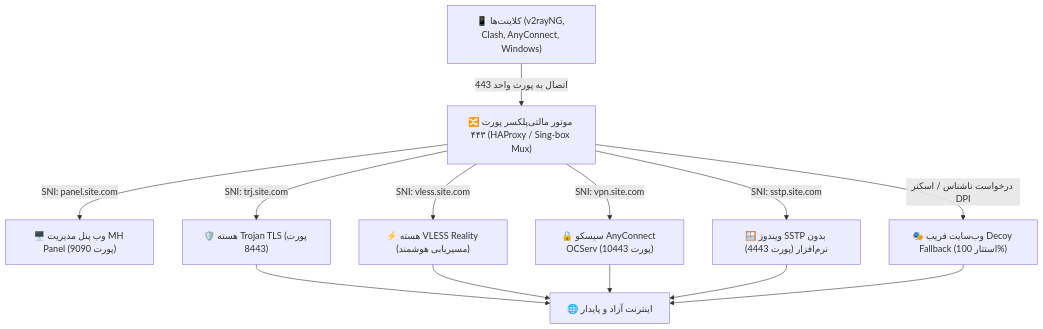
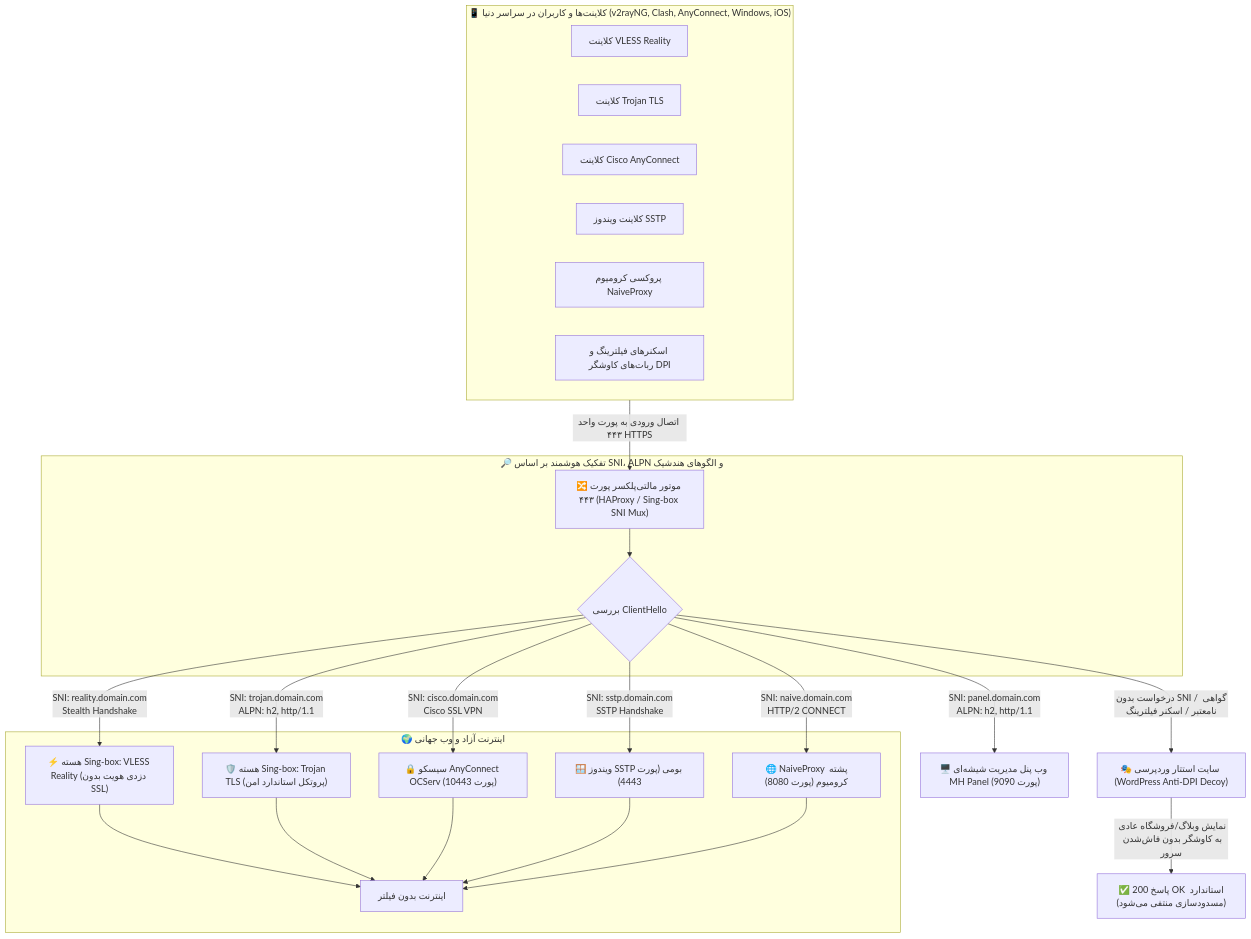
Before and after one commit to t-51/MHPanel: the first of 5 diagrams in README_FA.md, drawn with Mermaid. The commit also changed other lines of this file and 1 other file, not shown here.

Commit message:
docs: Comprehensive illustrated architecture documentation, visual flowcharts, protocol matrix, and v1.6.0 release notes

````diff
--- a/README_FA.md
+++ b/README_FA.md
@@ -111,17 +66,35 @@
 ```mermaid
 flowchart TD
-    Client["📱 کلاینت‌ها (v2rayNG, Clash, AnyConnect, Windows)"] -->|اتصال به پورت واحد 443| Mux["🔀 موتور مالتی‌پلکسر پورت ۴۴۳ (HAProxy / Sing-box Mux)"]
-    
-    Mux -->|SNI: panel.site.com| Panel["🖥️ وب پنل مدیریت MH Panel (پورت 9090)"]
-    Mux -->|SNI: trj.site.com| Trojan["🛡️ هسته Trojan TLS (پورت 8443)"]
-    Mux -->|SNI: vless.site.com| Reality["⚡ هسته VLESS Reality (مسیریابی هوشمند)"]
-    Mux -->|SNI: vpn.site.com| Cisco["🔒 سیسکو AnyConnect OCServ (پورت 10443)"]
-    Mux -->|SNI: sstp.site.com| SSTP["🪟 ویندوز SSTP بدون نرم‌افزار (پورت 4443)"]
-    Mux -->|درخواست ناشناس / اسکنر DPI| Decoy["🎭 وب‌سایت فریب Decoy Fallback (استتار 100%)"]
+    subgraph Clients ["📱 کلاینت‌ها و کاربران در سراسر دنیا (v2rayNG, Clash, AnyConnect, Windows, iOS)"]
+        C_Vless["کلاینت VLESS Reality"]
+        C_Trojan["کلاینت Trojan TLS"]
+        C_Cisco["کلاینت Cisco AnyConnect"]
+        C_Sstp["کلاینت ویندوز SSTP"]
+        C_Naive["پروکسی کرومیوم NaiveProxy"]
+        C_DPI["اسکنرهای فیلترینگ و ربات‌های کاوشگر DPI"]
+    end
 
-    Trojan --> Internet["🌐 اینترنت آزاد و پایدار"]
-    Reality --> Internet
-    Cisco --> Internet
-    SSTP --> Internet
-    Decoy --> Internet
+    Clients -->|اتصال ورودی به پورت واحد ۴۴۳ HTTPS| MUX["🔀 موتور مالتی‌پلکسر پورت ۴۴۳ (HAProxy / Sing-box SNI Mux)"]
+
+    subgraph Dispatcher ["🔎 تفکیک هوشمند بر اساس SNI، ALPN و الگوهای هندشیک"]
+        MUX --> Inspector{"بررسی ClientHello"}
+    end
+
+    Inspector -->|SNI: panel.domain.com<br/>ALPN: h2, http/1.1| WebPanel["🖥️ وب پنل مدیریت شیشه‌ای MH Panel (پورت 9090)"]
+    Inspector -->|SNI: reality.domain.com<br/>Stealth Handshake| RealityCore["⚡ هسته Sing-box: VLESS Reality (دزدی هویت بدون SSL)"]
+    Inspector -->|SNI: trojan.domain.com<br/>ALPN: h2, http/1.1| TrojanCore["🛡️ هسته Sing-box: Trojan TLS (پروتکل استاندارد امن)"]
+    Inspector -->|SNI: cisco.domain.com<br/>Cisco SSL VPN| CiscoCore["🔒 سیسکو AnyConnect OCServ (پورت 10443)"]
+    Inspector -->|SNI: sstp.domain.com<br/>SSTP Handshake| SstpCore["🪟 ویندوز SSTP بومی (پورت 4443)"]
+    Inspector -->|SNI: naive.domain.com<br/>HTTP/2 CONNECT| NaiveCore["🌐 NaiveProxy پشته کرومیوم (پورت 8080)"]
+    Inspector -->|درخواست بدون SNI / گواهی نامعتبر / اسکنر فیلترینگ| DecoyWP["🎭 سایت استتار وردپرسی (WordPress Anti-DPI Decoy)"]
+
+    subgraph InternetWorld ["🌍 اینترنت آزاد و وب جهانی"]
+        RealityCore --> Web["اینترنت بدون فیلتر"]
+        TrojanCore --> Web
+        CiscoCore --> Web
+        SstpCore --> Web
+        NaiveCore --> Web
+    end
+
+    DecoyWP -->|نمایش وبلاگ/فروشگاه عادی به کاوشگر بدون فاش‌شدن سرور| SafeDPI["✅ پاسخ 200 OK استاندارد (مسدودسازی منتفی می‌شود)"]
 ```
````
